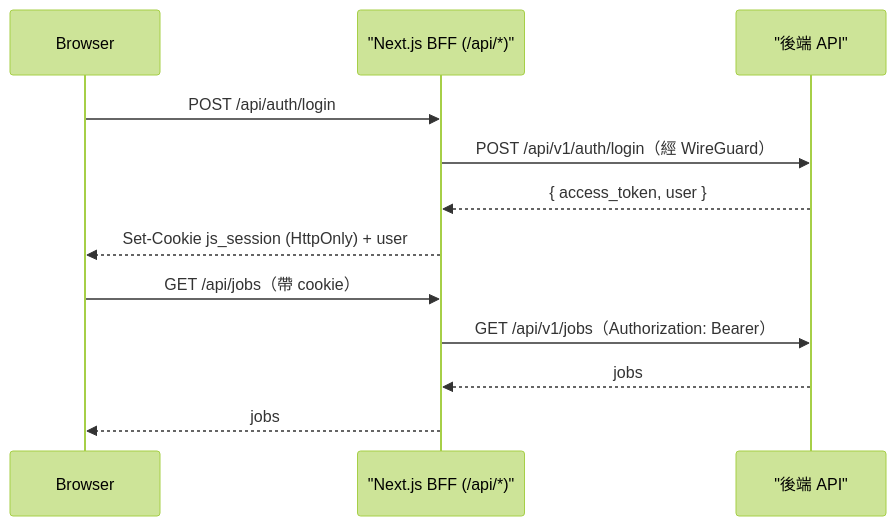
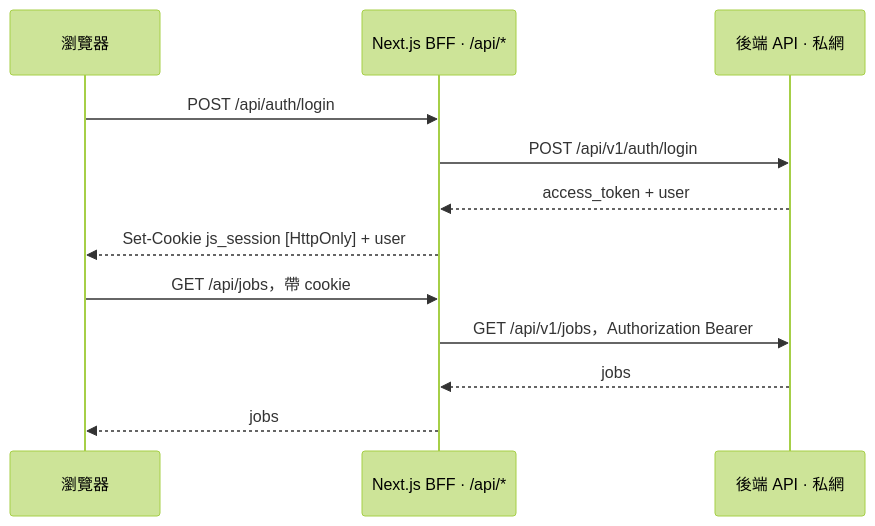
One commit to rogerfan48/distributed-asynchronous-job-scheduler-frontend changed the second of 2 diagrams in README.md. Above: the diagram before and after it, drawn with Mermaid (forest theme). The commit also changed other lines of this file and 1 other file, not shown here.

````diff
--- a/README.md
+++ b/README.md
@@ -47,14 +67,14 @@
 ```mermaid
 sequenceDiagram
-    participant Browser
-    participant BFF as "Next.js BFF (/api/*)"
-    participant API as "後端 API"
+    participant Browser as 瀏覽器
+    participant BFF as Next.js BFF · /api/*
+    participant API as 後端 API · 私網
     Browser->>BFF: POST /api/auth/login
-    BFF->>API: POST /api/v1/auth/login（經 WireGuard）
-    API-->>BFF: { access_token, user }
-    BFF-->>Browser: Set-Cookie js_session (HttpOnly) + user
-    Browser->>BFF: GET /api/jobs（帶 cookie）
-    BFF->>API: GET /api/v1/jobs（Authorization: Bearer）
+    BFF->>API: POST /api/v1/auth/login
+    API-->>BFF: access_token + user
+    BFF-->>Browser: Set-Cookie js_session [HttpOnly] + user
+    Browser->>BFF: GET /api/jobs，帶 cookie
+    BFF->>API: GET /api/v1/jobs，Authorization Bearer
     API-->>BFF: jobs
     BFF-->>Browser: jobs
 ```
````
